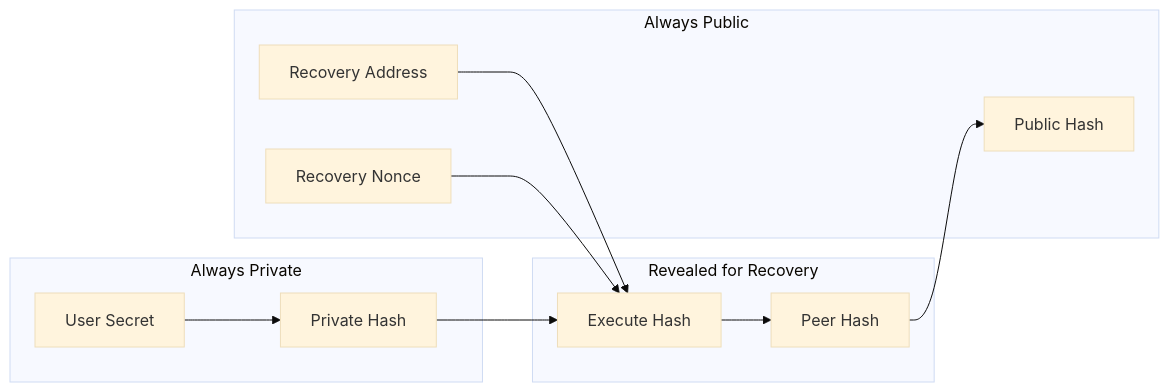
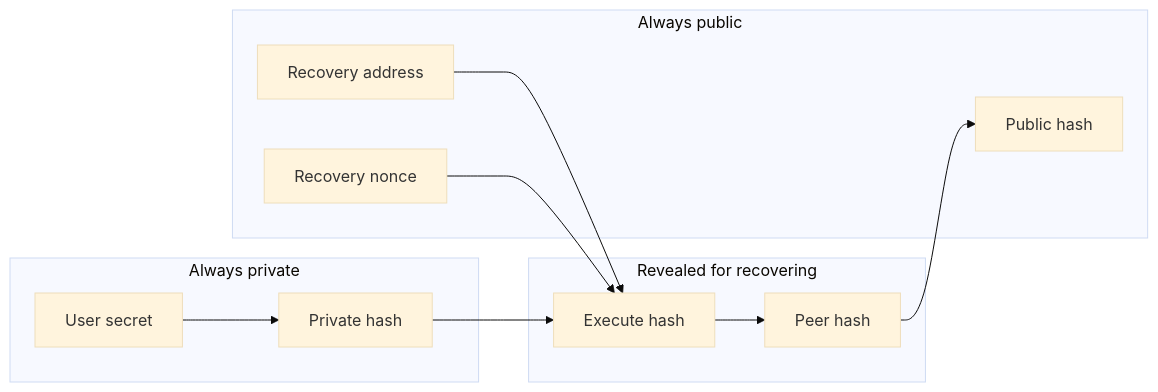
One commit to ethereum/EIPs changed the diagram in EIPS/eip-2429.md. Above: the diagram before and after it, drawn with Mermaid (base theme).

Commit message:
make work in older mermaid

````diff
--- a/EIPS/eip-2429.md
+++ b/EIPS/eip-2429.md
@@ -76,22 +76,23 @@
 ```mermaid
 	graph LR
-        subgraph Always Private
-            user_secret_data["User Secret"] 
-            private_hash["Private Hash"]
+        subgraph Always private
+            user_secret_data["User secret"]
+            private_hash["Private hash"]
+        end
+        subgraph Revealed for recovering
+            hash_to_execute["Execute hash"] 
+            hash_to_peer["Peer hash"]
+        end
+        subgraph Always public
+            recovery_contract["Recovery address"]
+            recovery_nonce["Recovery nonce"]
+            public_hash["Public hash"]
         end
 
-            subgraph Revealed for Recovery
-                hash_to_execute["Execute Hash"] 
-                hash_to_peer["Peer Hash"]
-            end
-            subgraph Always Public
-                recovery_contract["Recovery Address"]
-                recovery_nonce["Recovery Nonce"]
-                public_hash["Public Hash"]
-            end
-
-        
-        user_secret_data -->  private_hash --> hash_to_execute --> hash_to_peer --> public_hash
-        recovery_contract --> hash_to_execute
-        recovery_nonce --> hash_to_execute
+    user_secret_data --> private_hash; 
+    private_hash --> hash_to_execute; 
+    hash_to_execute --> hash_to_peer; 
+    hash_to_peer --> public_hash;
+    recovery_contract --> hash_to_execute;
+    recovery_nonce --> hash_to_execute;
 ```
````
